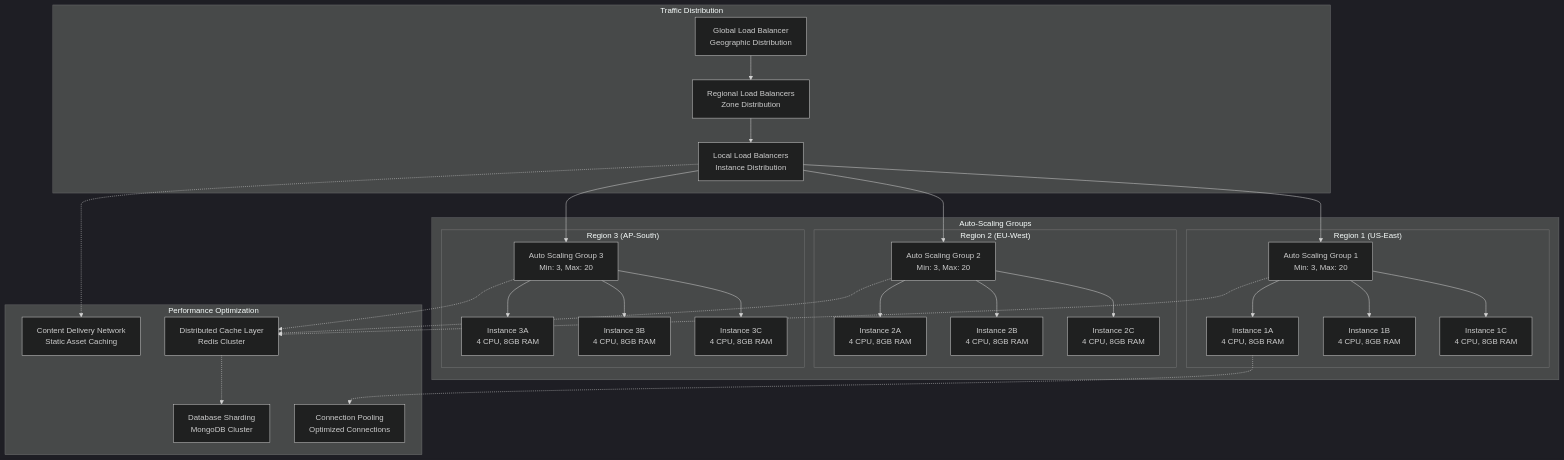
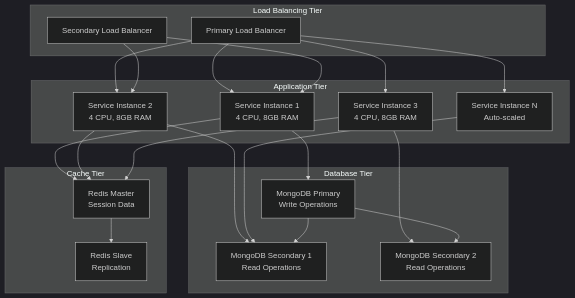
Diagram 11 of 14 in ZONA_USER_HLD.md (Vishwa0220/securaa-internal-documents), drawn with Mermaid (dark theme) before and after one commit. The commit also changed other lines of this file and 1 other file, not shown here.

````diff
--- a/ZONA_USER_HLD.md
+++ b/ZONA_USER_HLD.md
@@ -637,65 +588,50 @@
 ```mermaid
 graph TB
-    subgraph "Traffic Distribution"
-        GLOBAL_LB[Global Load Balancer<br/>Geographic Distribution]
-        REGIONAL_LB[Regional Load Balancers<br/>Zone Distribution]
-        LOCAL_LB[Local Load Balancers<br/>Instance Distribution]
+    subgraph "Load Balancing Tier"
+        LB1[Primary Load Balancer]
+        LB2[Secondary Load Balancer]
     end
     
-    subgraph "Auto-Scaling Groups"
-        subgraph "Region 1 (US-East)"
-            ASG1[Auto Scaling Group 1<br/>Min: 3, Max: 20]
-            INSTANCE1A[Instance 1A<br/>4 CPU, 8GB RAM]
-            INSTANCE1B[Instance 1B<br/>4 CPU, 8GB RAM]
-            INSTANCE1C[Instance 1C<br/>4 CPU, 8GB RAM]
-        end
-        
-        subgraph "Region 2 (EU-West)"
-            ASG2[Auto Scaling Group 2<br/>Min: 3, Max: 20]
-            INSTANCE2A[Instance 2A<br/>4 CPU, 8GB RAM]
-            INSTANCE2B[Instance 2B<br/>4 CPU, 8GB RAM]
-            INSTANCE2C[Instance 2C<br/>4 CPU, 8GB RAM]
-        end
-        
-        subgraph "Region 3 (AP-South)"
-            ASG3[Auto Scaling Group 3<br/>Min: 3, Max: 20]
-            INSTANCE3A[Instance 3A<br/>4 CPU, 8GB RAM]
-            INSTANCE3B[Instance 3B<br/>4 CPU, 8GB RAM]
-            INSTANCE3C[Instance 3C<br/>4 CPU, 8GB RAM]
-        end
+    subgraph "Application Tier"
+        APP1[Service Instance 1<br/>4 CPU, 8GB RAM]
+        APP2[Service Instance 2<br/>4 CPU, 8GB RAM]
+        APP3[Service Instance 3<br/>4 CPU, 8GB RAM]
+        APP4[Service Instance N<br/>Auto-scaled]
     end
     
-    subgraph "Performance Optimization"
-        CDN[Content Delivery Network<br/>Static Asset Caching]
-        CACHE_LAYER[Distributed Cache Layer<br/>Redis Cluster]
-        DB_SHARDING[Database Sharding<br/>MongoDB Cluster]
-        CONNECTION_POOLING[Connection Pooling<br/>Optimized Connections]
+    subgraph "Database Tier"
+        DB_PRIMARY[MongoDB Primary<br/>Write Operations]
+        DB_SECONDARY1[MongoDB Secondary 1<br/>Read Operations]
+        DB_SECONDARY2[MongoDB Secondary 2<br/>Read Operations]
     end
     
-    %% Traffic Flow
-    GLOBAL_LB --> REGIONAL_LB
-    REGIONAL_LB --> LOCAL_LB
-    LOCAL_LB --> ASG1
-    LOCAL_LB --> ASG2
-    LOCAL_LB --> ASG3
+    subgraph "Cache Tier"
+        REDIS1[Redis Master<br/>Session Data]
+        REDIS2[Redis Slave<br/>Replication]
+    end
     
-    ASG1 --> INSTANCE1A
-    ASG1 --> INSTANCE1B
-    ASG1 --> INSTANCE1C
+    %% Load Distribution
+    LB1 --> APP1
+    LB1 --> APP2
+    LB1 --> APP3
+    LB1 --> APP4
     
-    ASG2 --> INSTANCE2A
-    ASG2 --> INSTANCE2B
-    ASG2 --> INSTANCE2C
+    LB2 --> APP1
+    LB2 --> APP2
     
-    ASG3 --> INSTANCE3A
-    ASG3 --> INSTANCE3B
-    ASG3 --> INSTANCE3C
+    %% Database Access
+    APP1 --> DB_PRIMARY
+    APP2 --> DB_SECONDARY1
+    APP3 --> DB_SECONDARY2
+    APP4 --> DB_SECONDARY1
     
-    %% Performance Connections
-    LOCAL_LB -.-> CDN
-    ASG1 -.-> CACHE_LAYER
-    ASG2 -.-> CACHE_LAYER
-    ASG3 -.-> CACHE_LAYER
-    CACHE_LAYER -.-> DB_SHARDING
-    INSTANCE1A -.-> CONNECTION_POOLING
+    %% Cache Access
+    APP1 --> REDIS1
+    APP2 --> REDIS1
+    APP3 --> REDIS1
+    
+    %% Replication
+    DB_PRIMARY --> DB_SECONDARY1
+    DB_PRIMARY --> DB_SECONDARY2
+    REDIS1 --> REDIS2
 ```
````
